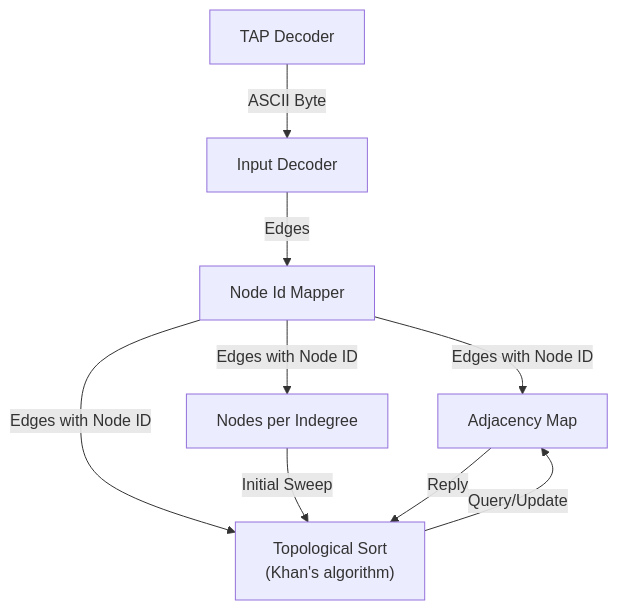
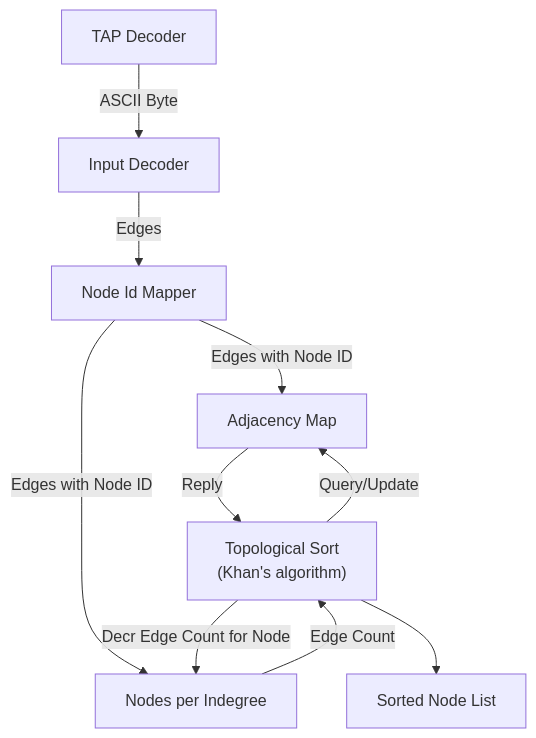
One commit to MatthieuMichon/aoc-rtl changed the diagram in 25/11/README.md. Above: the diagram before and after it, drawn with Mermaid.

Commit message:
(day11.1) doc: Update diagram

````diff
--- a/25/11/README.md
+++ b/25/11/README.md
@@ -64,18 +64,19 @@
 ```mermaid
 flowchart
 tap-dec["TAP Decoder"]
 dec["Input Decoder"]
 lut["Node Id Mapper"]
 adj["Adjacency Map"]
 indeg["Nodes per Indegree"]
 sort["Topological Sort<br>(Khan's algorithm)"]
-
+bram["Sorted Node List"]
 tap-dec --ASCII Byte --> dec
 dec --Edges--> lut
 lut --Edges with Node ID--> adj
 lut --Edges with Node ID--> indeg
-lut --Edges with Node ID--> sort
-indeg --Initial Sweep--> sort
+sort --Decr Edge Count for Node--> indeg
+indeg --Edge Count--> sort
 sort --Query/Update--> adj
 adj --Reply--> sort
+sort --> bram
 ```
````
